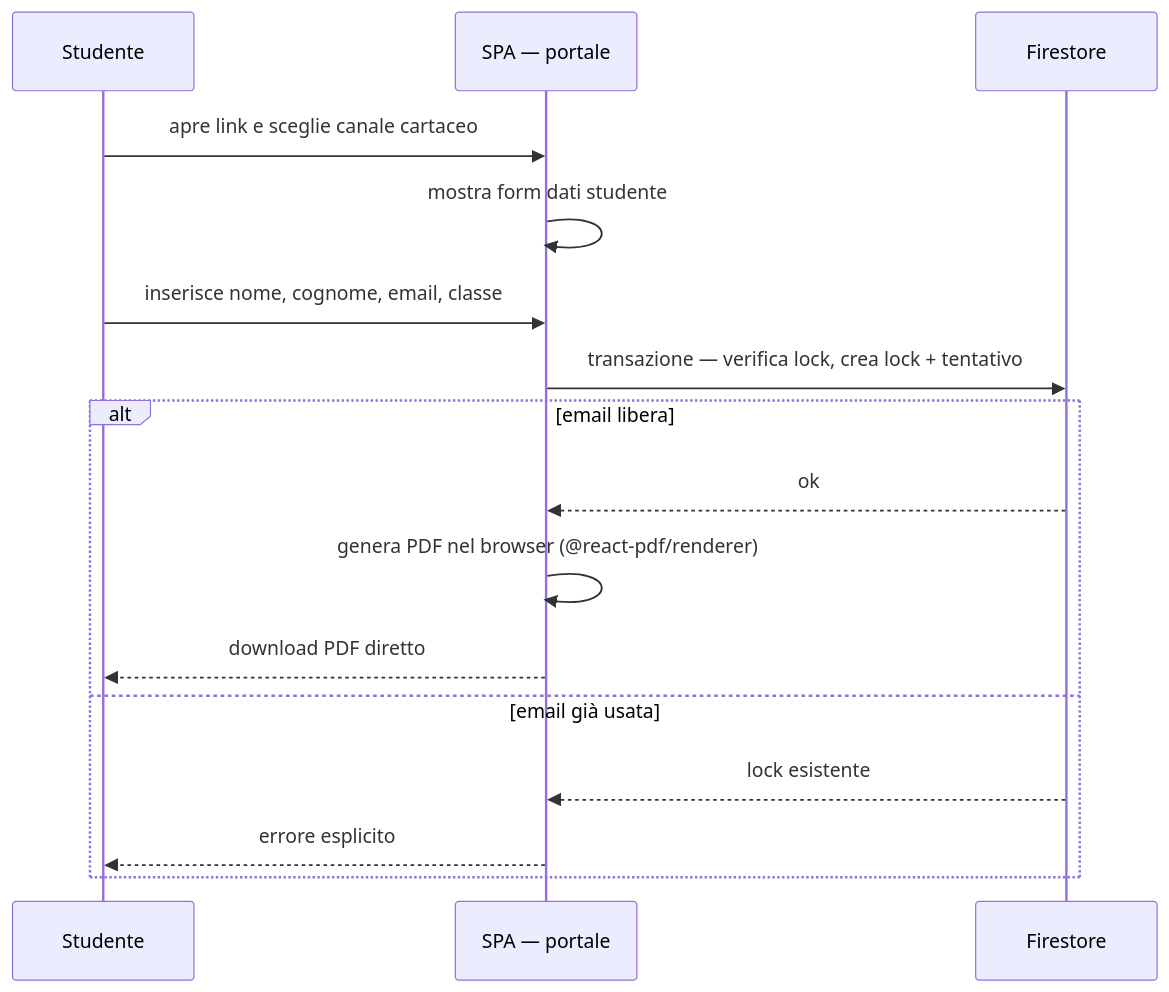
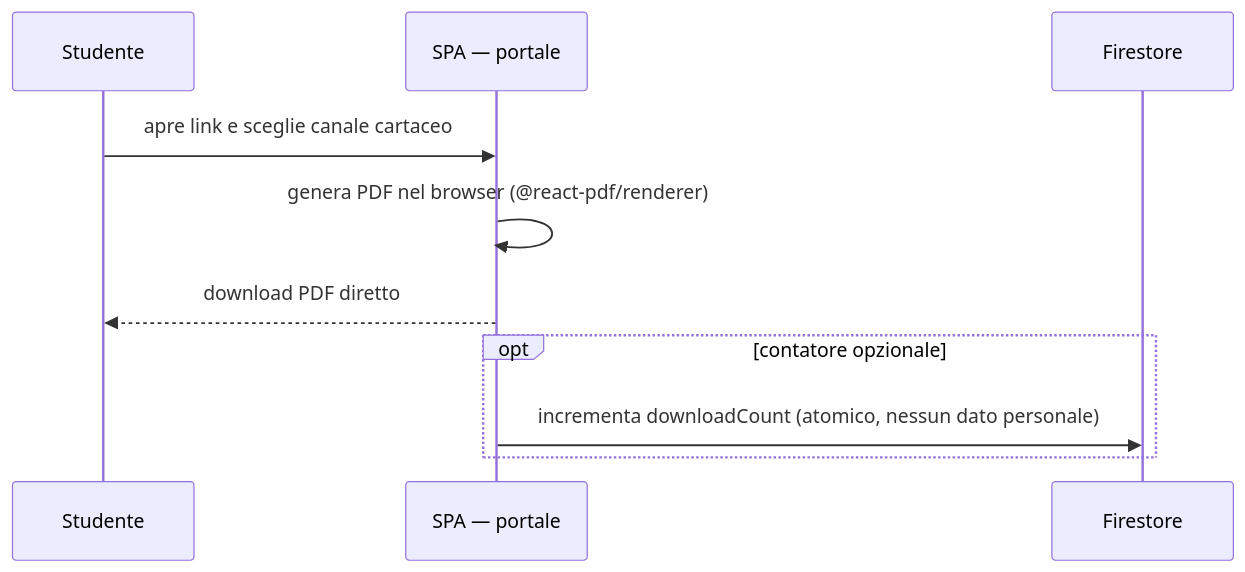
One commit to EnricoPaparo/SchoolForge changed the second of 3 diagrams in documentazione/architettura.md. Above: the diagram before and after it, drawn with Mermaid. The commit also changed other lines of this file and 17 other files, not shown here.

````diff
--- a/documentazione/architettura.md
+++ b/documentazione/architettura.md
@@ -242,19 +252,13 @@
 ```mermaid
 sequenceDiagram
     participant S as Studente
     participant SPA as SPA — portale
     participant F as Firestore
 
     S->>SPA: apre link e sceglie canale cartaceo
-    SPA->>SPA: mostra form dati studente
-    S->>SPA: inserisce nome, cognome, email, classe
-    SPA->>F: transazione — verifica lock, crea lock + tentativo
-    alt email libera
-        F-->>SPA: ok
-        SPA->>SPA: genera PDF nel browser (@react-pdf/renderer)
-        SPA-->>S: download PDF diretto
-    else email già usata
-        F-->>SPA: lock esistente
-        SPA-->>S: errore esplicito
+    SPA->>SPA: genera PDF nel browser (@react-pdf/renderer)
+    SPA-->>S: download PDF diretto
+    opt contatore opzionale
+        SPA->>F: incrementa downloadCount (atomico, nessun dato personale)
     end
 ```
````
